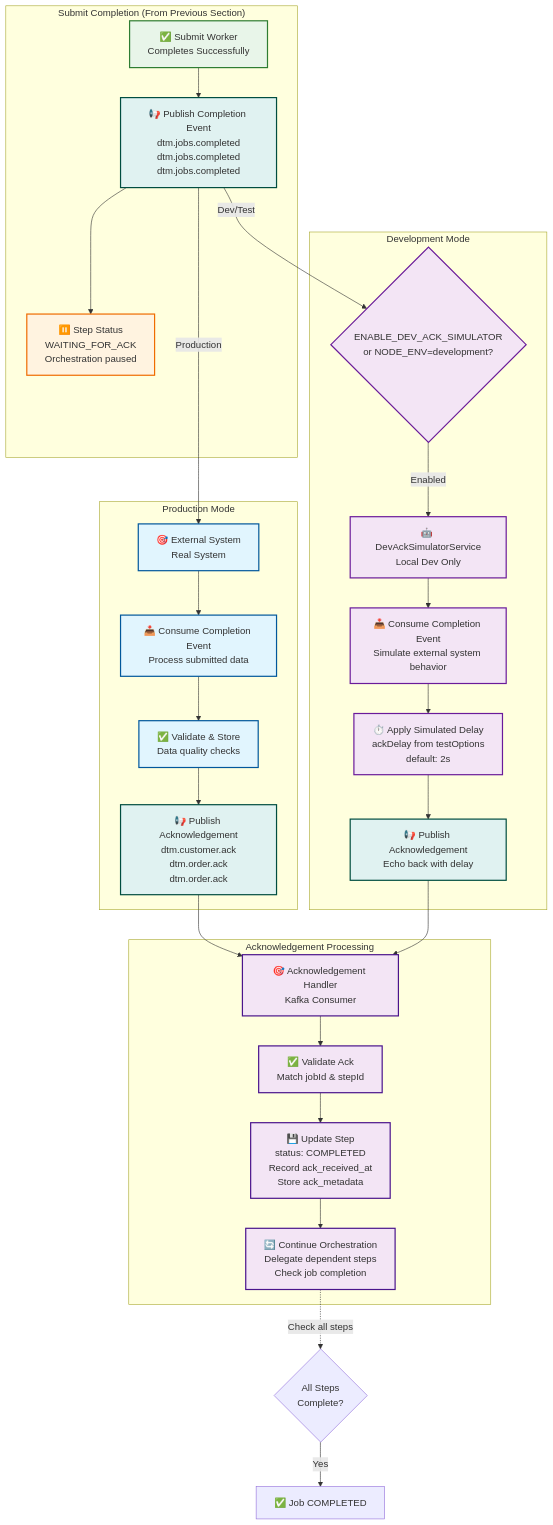
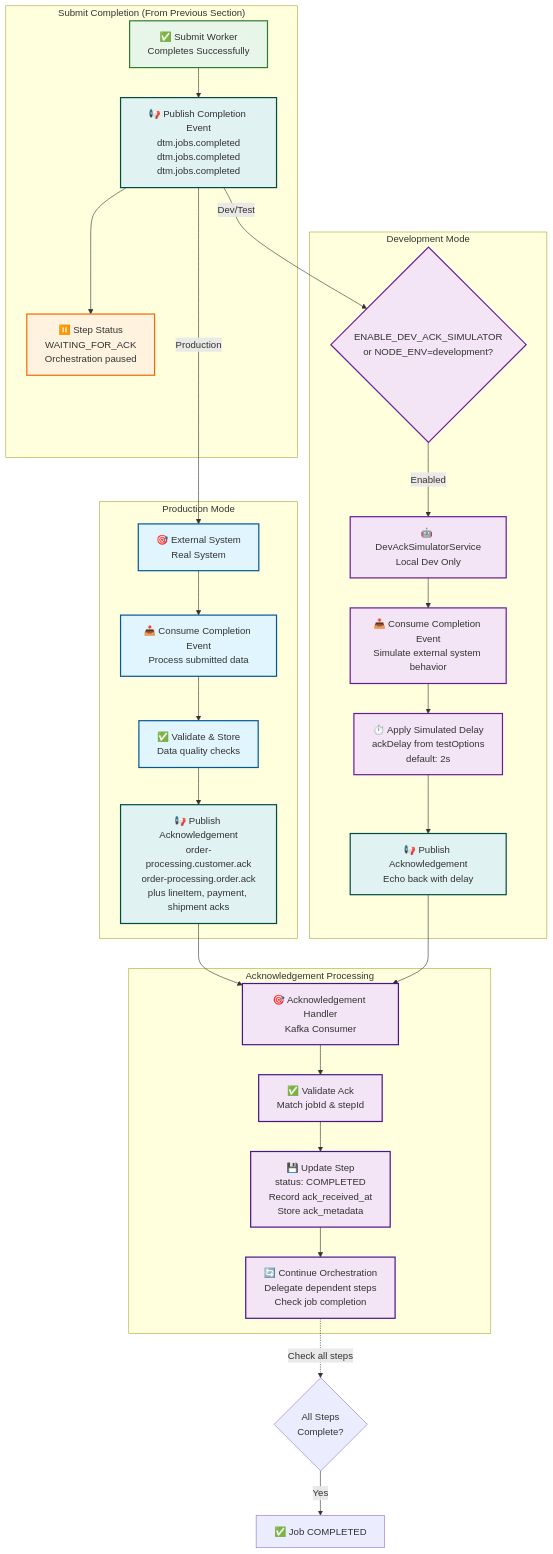
The sixth of 9 diagrams in docs/guides/system-architecture.md (inctasoft/setpoint-evals-dtm-examples), drawn with Mermaid before and after one commit. The commit also changed other lines of this file, not shown here.

First line of the commit message:
docs: rewrite stale ETL-era system-architecture.md section against real DAG (#13)

````diff
--- a/docs/guides/system-architecture.md
+++ b/docs/guides/system-architecture.md
@@ -687,68 +678,68 @@
 ```mermaid
 graph TB
     subgraph "Submit Completion (From Previous Section)"
         SUBMIT_COMPLETE[✅ Submit Worker<br/>Completes Successfully]
         KAFKA_PUBLISH[📢 Publish Completion Event<br/>dtm.jobs.completed<br/>dtm.jobs.completed<br/>dtm.jobs.completed]
         STEP_STATUS[⏸️ Step Status<br/>WAITING_FOR_ACK<br/>Orchestration paused]
     end
 
     subgraph "Production Mode"
         EXT_SYSTEM[🎯 External System<br/>Real System]
         EXT_CONSUME[📥 Consume Completion Event<br/>Process submitted data]
         EXT_VALIDATE[✅ Validate & Store<br/>Data quality checks]
-        EXT_ACK[📢 Publish Acknowledgement<br/>dtm.customer.ack<br/>dtm.order.ack<br/>dtm.order.ack]
+        EXT_ACK[📢 Publish Acknowledgement<br/>order-processing.customer.ack<br/>order-processing.order.ack<br/>plus lineItem, payment, shipment acks]
     end
 
     subgraph "Development Mode"
         DEV_CHECK{ENABLE_DEV_ACK_SIMULATOR<br/>or NODE_ENV=development?}
         DEV_SIM[🤖 DevAckSimulatorService<br/>Local Dev Only]
         DEV_CONSUME[📥 Consume Completion Event<br/>Simulate external system behavior]
         DEV_DELAY[⏱️ Apply Simulated Delay<br/>ackDelay from testOptions<br/>default: 2s]
         DEV_ACK[📢 Publish Acknowledgement<br/>Echo back with delay]
     end
 
     subgraph "Acknowledgement Processing"
         ACK_HANDLER[🎯 Acknowledgement Handler<br/>Kafka Consumer]
         ACK_VALIDATE[✅ Validate Ack<br/>Match jobId & stepId]
         UPDATE_DB[💾 Update Step<br/>status: COMPLETED<br/>Record ack_received_at<br/>Store ack_metadata]
         CONTINUE_ORCH[🔄 Continue Orchestration<br/>Delegate dependent steps<br/>Check job completion]
     end
 
     SUBMIT_COMPLETE --> KAFKA_PUBLISH
     KAFKA_PUBLISH --> STEP_STATUS
 
     KAFKA_PUBLISH -->|Production| EXT_SYSTEM
     EXT_SYSTEM --> EXT_CONSUME
     EXT_CONSUME --> EXT_VALIDATE
     EXT_VALIDATE --> EXT_ACK
 
     KAFKA_PUBLISH -->|Dev/Test| DEV_CHECK
     DEV_CHECK -->|Enabled| DEV_SIM
     DEV_SIM --> DEV_CONSUME
     DEV_CONSUME --> DEV_DELAY
     DEV_DELAY --> DEV_ACK
 
     EXT_ACK --> ACK_HANDLER
     DEV_ACK --> ACK_HANDLER
 
     ACK_HANDLER --> ACK_VALIDATE
     ACK_VALIDATE --> UPDATE_DB
     UPDATE_DB --> CONTINUE_ORCH
 
     CONTINUE_ORCH -.->|Check all steps| JOB_COMPLETE{All Steps<br/>Complete?}
     JOB_COMPLETE -->|Yes| DONE[✅ Job COMPLETED]
 
     classDef complete fill:#e8f5e9,stroke:#2e7d32,stroke-width:2px
     classDef kafka fill:#e0f2f1,stroke:#004d40,stroke-width:2px
     classDef waiting fill:#fff3e0,stroke:#ef6c00,stroke-width:2px
     classDef production fill:#e1f5fe,stroke:#01579b,stroke-width:2px
     classDef dev fill:#f3e5f5,stroke:#6a1b9a,stroke-width:2px
     classDef orchestrator fill:#f3e5f5,stroke:#4a148c,stroke-width:2px
 
     class SUBMIT_COMPLETE complete
     class KAFKA_PUBLISH,EXT_ACK,DEV_ACK kafka
     class STEP_STATUS waiting
     class EXT_SYSTEM,EXT_CONSUME,EXT_VALIDATE production
     class DEV_CHECK,DEV_SIM,DEV_CONSUME,DEV_DELAY dev
     class ACK_HANDLER,ACK_VALIDATE,UPDATE_DB,CONTINUE_ORCH orchestrator
 ```
````
